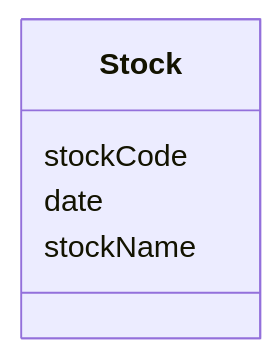
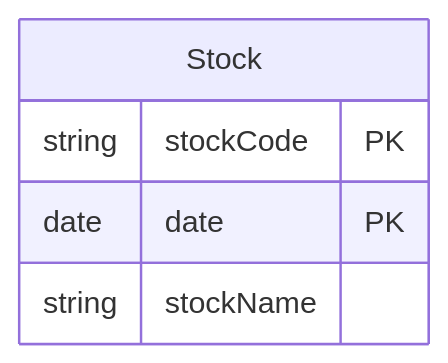
The first of 6 diagrams in StockBackEndDistributed/stock-service/docs/09-domain-model.md (poi277/StockProject), drawn with Mermaid before and after one commit. The commit also changed other lines of this file and 49 other files, not shown here.

````diff
--- a/StockBackEndDistributed/stock-service/docs/09-domain-model.md
+++ b/StockBackEndDistributed/stock-service/docs/09-domain-model.md
@@ -41,8 +41,8 @@
 ```mermaid
-classDiagram
-  class Stock {
-    stockCode
-    date
-    stockName
-  }
+erDiagram
+    Stock {
+        string stockCode PK
+        date date PK
+        string stockName
+    }
 ```
````
